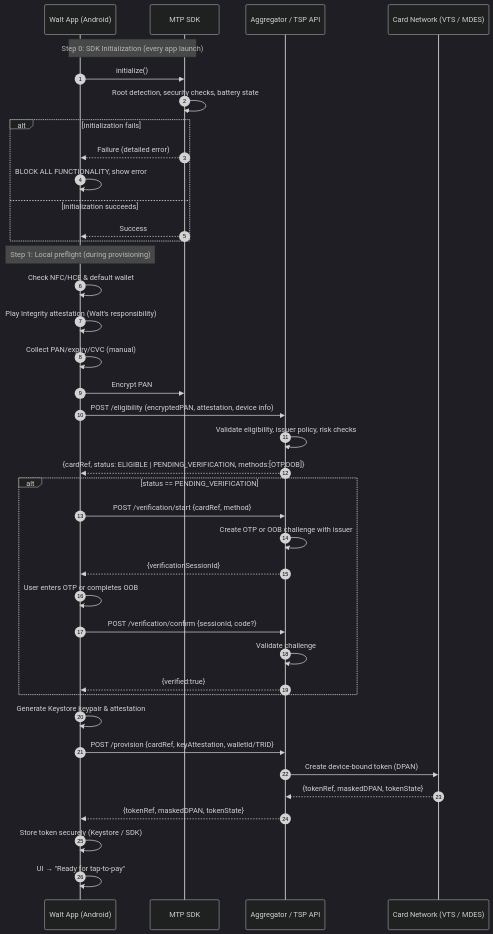
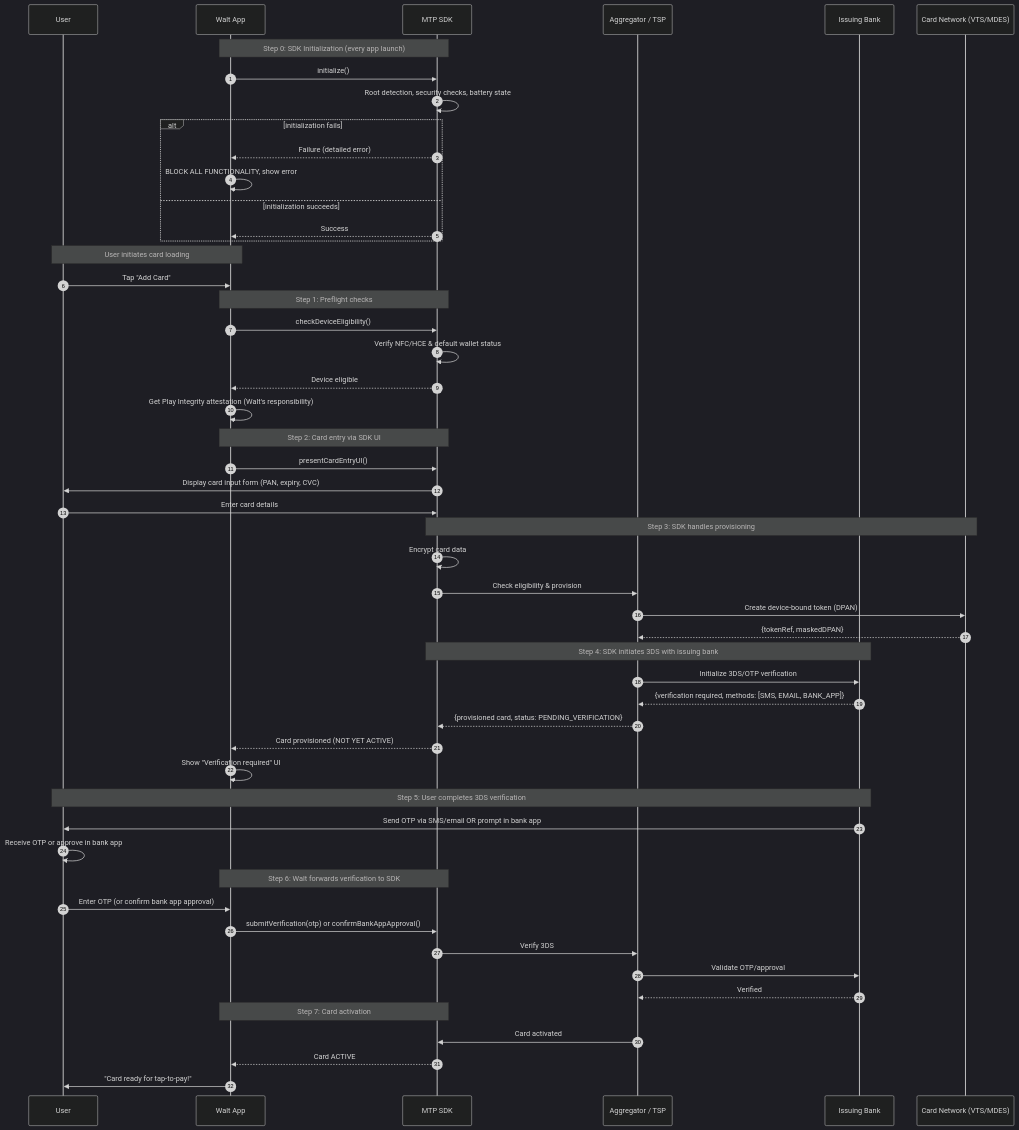
One commit to walt-app/walt-architecture changed the diagram in docs/card-loading/README.md. Above: the diagram before and after it, drawn with Mermaid (dark theme). The commit also changed other lines of this file, not shown here.

First line of the commit message:
docs: Update card loading flow - SDK handles card entry UI and 3DS

````diff
--- a/docs/card-loading/README.md
+++ b/docs/card-loading/README.md
@@ -32,51 +41,66 @@
 ```mermaid
 sequenceDiagram
   autonumber
-  participant App as Walt App (Android)
+  participant User
+  participant App as Walt App
   participant SDK as MTP SDK
-  participant Agg as Aggregator / TSP API
-  participant TSP as Card Network (VTS / MDES)
+  participant Agg as Aggregator / TSP
+  participant Bank as Issuing Bank
+  participant TSP as Card Network (VTS/MDES)
 
   Note over App,SDK: Step 0: SDK Initialization (every app launch)
   App->>SDK: initialize()
   SDK->>SDK: Root detection, security checks, battery state
   alt initialization fails
     SDK-->>App: Failure (detailed error)
     App->>App: BLOCK ALL FUNCTIONALITY, show error
   else initialization succeeds
     SDK-->>App: Success
   end
 
-  Note over App: Step 1: Local preflight (during provisioning)
-  App->>App: Check NFC/HCE & default wallet
-  App->>App: Play Integrity attestation (Walt's responsibility)
-  App->>App: Collect PAN/expiry/CVC (manual)
-  App->>SDK: Encrypt PAN
+  Note over User,App: User initiates card loading
+  User->>App: Tap "Add Card"
 
-  %% Eligibility
-  App->>Agg: POST /eligibility (encryptedPAN, attestation, device info)
-  Agg->>Agg: Validate eligibility, issuer policy, risk checks
-  Agg-->>App: {cardRef, status: ELIGIBLE | PENDING_VERIFICATION, methods:[OTP,OOB]}
+  Note over App,SDK: Step 1: Preflight checks
+  App->>SDK: checkDeviceEligibility()
+  SDK->>SDK: Verify NFC/HCE & default wallet status
+  SDK-->>App: Device eligible
 
-  %% Step-up verification (if needed)
-  alt status == PENDING_VERIFICATION
-    App->>Agg: POST /verification/start {cardRef, method}
-    Agg->>Agg: Create OTP or OOB challenge with issuer
-    Agg-->>App: {verificationSessionId}
+  App->>App: Get Play Integrity attestation (Walt's responsibility)
 
-    App->>App: User enters OTP or completes OOB
-    App->>Agg: POST /verification/confirm {sessionId, code?}
-    Agg->>Agg: Validate challenge
-    Agg-->>App: {verified:true}
-  end
+  Note over App,SDK: Step 2: Card entry via SDK UI
+  App->>SDK: presentCardEntryUI()
+  SDK->>User: Display card input form (PAN, expiry, CVC)
+  User->>SDK: Enter card details
 
-  %% Provisioning
-  App->>App: Generate Keystore keypair & attestation
-  App->>Agg: POST /provision {cardRef, keyAttestation, walletId/TRID}
+  Note over SDK,TSP: Step 3: SDK handles provisioning
+  SDK->>SDK: Encrypt card data
+  SDK->>Agg: Check eligibility & provision
   Agg->>TSP: Create device-bound token (DPAN)
-  TSP-->>Agg: {tokenRef, maskedDPAN, tokenState}
-  Agg-->>App: {tokenRef, maskedDPAN, tokenState}
+  TSP-->>Agg: {tokenRef, maskedDPAN}
 
-  App->>App: Store token securely (Keystore / SDK)
-  App->>App: UI → "Ready for tap-to-pay"
+  Note over SDK,Bank: Step 4: SDK initiates 3DS with issuing bank
+  Agg->>Bank: Initialize 3DS/OTP verification
+  Bank-->>Agg: {verification required, methods: [SMS, EMAIL, BANK_APP]}
+  Agg-->>SDK: {provisioned card, status: PENDING_VERIFICATION}
+
+  SDK-->>App: Card provisioned (NOT YET ACTIVE)
+  App->>App: Show "Verification required" UI
+
+  Note over User,Bank: Step 5: User completes 3DS verification
+  Bank->>User: Send OTP via SMS/email OR prompt in bank app
+  User->>User: Receive OTP or approve in bank app
+
+  Note over App,SDK: Step 6: Walt forwards verification to SDK
+  User->>App: Enter OTP (or confirm bank app approval)
+  App->>SDK: submitVerification(otp) or confirmBankAppApproval()
+  SDK->>Agg: Verify 3DS
+  Agg->>Bank: Validate OTP/approval
+  Bank-->>Agg: Verified
+
+  Note over SDK,App: Step 7: Card activation
+  Agg->>SDK: Card activated
+  SDK-->>App: Card ACTIVE
+
+  App->>User: "Card ready for tap-to-pay!"
 ```
````
